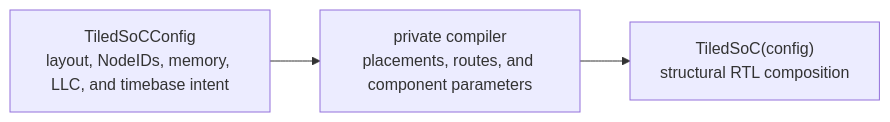
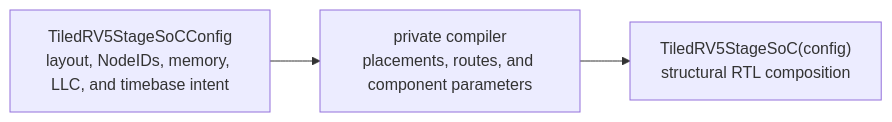
The second of 2 diagrams in socs/README.md (jerryz123/rhodium), drawn with Mermaid before and after one commit. The commit also changed other lines of this file and 97 other files, not shown here.

````diff
--- a/socs/README.md
+++ b/socs/README.md
@@ -266,8 +266,8 @@
 ```mermaid
 flowchart LR
-  Config["TiledSoCConfig<br/>layout, NodeIDs, memory, LLC, and timebase intent"]
+  Config["TiledRV5StageSoCConfig<br/>layout, NodeIDs, memory, LLC, and timebase intent"]
   Compile["private compiler<br/>placements, routes, and component parameters"]
-  RTL["TiledSoC(config)<br/>structural RTL composition"]
+  RTL["TiledRV5StageSoC(config)<br/>structural RTL composition"]
 
   Config --> Compile --> RTL
 ```
````
